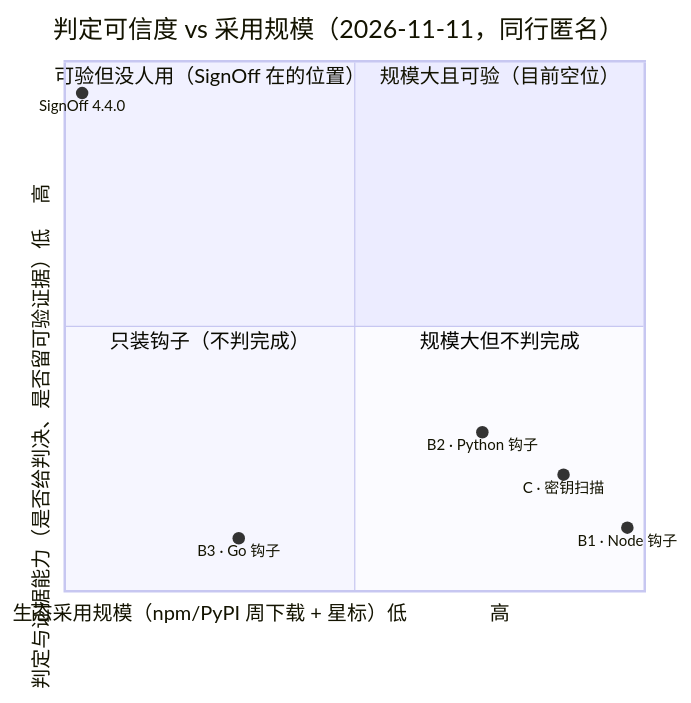
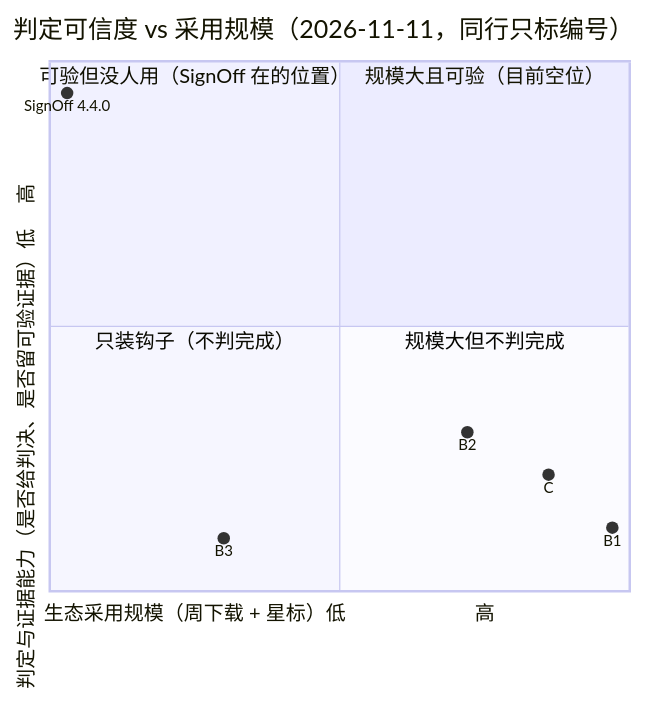
Before and after one commit to ayuanxx-max/signoff-cli: the diagram in docs/diagrams/src/quadrant.mmd, drawn with Mermaid. The commit also changed 7 other files, not shown here.

Commit message:
docs: 4.4.3 对比匿名再收紧（只剩编号与量级），象限图换 URL 破缓存 Signoff-Pass: 97adcbe8c860

```diff
--- a/docs/diagrams/src/quadrant.mmd
+++ b/docs/diagrams/src/quadrant.mmd
@@ -1,13 +1,13 @@
 quadrantChart
-    title 判定可信度 vs 采用规模（2026-11-11，同行匿名）
-    x-axis 生态采用规模（npm/PyPI 周下载 + 星标）低 --> 高
+    title 判定可信度 vs 采用规模（2026-11-11，同行只标编号）
+    x-axis 生态采用规模（周下载 + 星标）低 --> 高
     y-axis 判定与证据能力（是否给判决、是否留可验证据）低 --> 高
     quadrant-1 规模大且可验（目前空位）
     quadrant-2 可验但没人用（SignOff 在的位置）
     quadrant-3 只装钩子（不判完成）
     quadrant-4 规模大但不判完成
     "SignOff 4.4.0": [0.03, 0.94]
-    "B1 · Node 钩子": [0.97, 0.12]
-    "B2 · Python 钩子": [0.72, 0.30]
-    "B3 · Go 钩子": [0.30, 0.10]
-    "C · 密钥扫描": [0.86, 0.22]
+    "B1": [0.97, 0.12]
+    "B2": [0.72, 0.30]
+    "B3": [0.30, 0.10]
+    "C": [0.86, 0.22]
```
